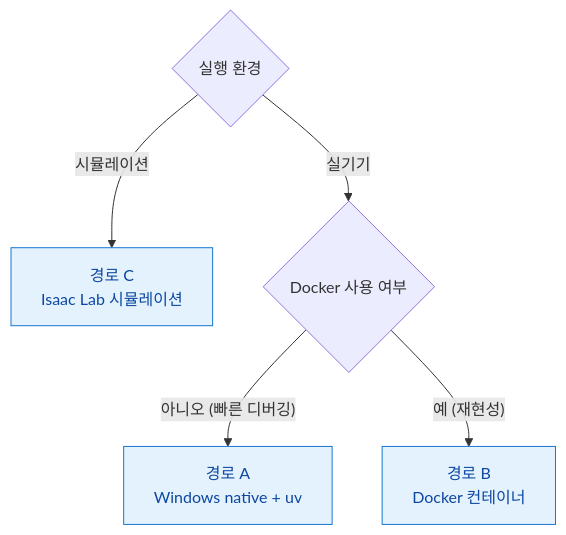
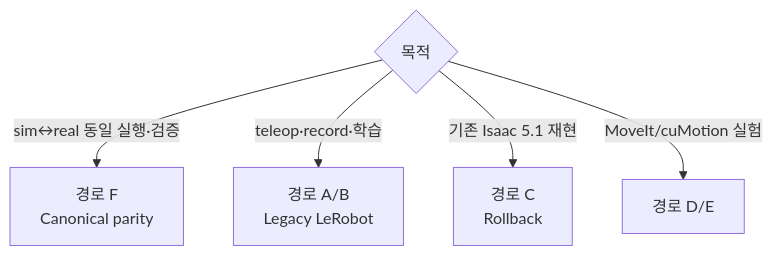
One commit to PubCyBerry/SO101-Sim2Real changed the diagram in README.md. Above: the diagram before and after it, drawn with Mermaid. The commit also changed other lines of this file and 116 other files, not shown here.

First line of the commit message:
feat(parity): add canonical ROS runtime

````diff
--- a/README.md
+++ b/README.md
@@ -29,11 +36,8 @@
 ```mermaid
 flowchart TD
-    Q1{"실행 환경"}
-    Q1 -->|시뮬레이션| C["경로 C<br/>Isaac Lab 시뮬레이션"]
-    Q1 -->|실기기| Q2{"Docker 사용 여부"}
-    Q2 -->|"아니오 (빠른 디버깅)"| A["경로 A<br/>Windows native + uv"]
-    Q2 -->|"예 (재현성)"| B["경로 B<br/>Docker 컨테이너"]
-
-    classDef path fill:#e3f2fd,stroke:#1976d2,color:#0d47a1
-    class A,B,C path
+    Q{"목적"}
+    Q -->|"sim↔real 동일 실행·검증"| F["경로 F<br/>Canonical parity"]
+    Q -->|"teleop·record·학습"| A["경로 A/B<br/>Legacy LeRobot"]
+    Q -->|"기존 Isaac 5.1 재현"| C["경로 C<br/>Rollback"]
+    Q -->|"MoveIt/cuMotion 실험"| DE["경로 D/E"]
 ```
````
